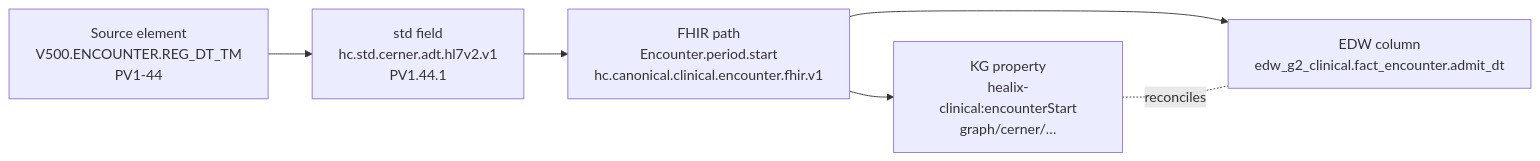
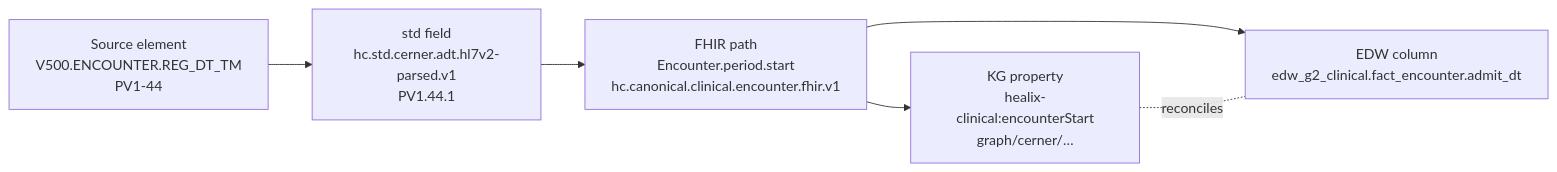
Before and after one commit to mujiq/pubmed-download: the second of 2 diagrams in PRD/11-governance-security-compliance/03-lineage-provenance-audit.md, drawn with Mermaid. The commit also changed other lines of this file and 68 other files, not shown here.

````diff
--- a/PRD/11-governance-security-compliance/03-lineage-provenance-audit.md
+++ b/PRD/11-governance-security-compliance/03-lineage-provenance-audit.md
@@ -137,8 +137,8 @@
 ```mermaid
 flowchart LR
-  A[Source element<br/>V500.ENCOUNTER.REG_DT_TM<br/>PV1-44] --> B[std field<br/>hc.std.cerner.adt.hl7v2.v1<br/>PV1.44.1]
+  A[Source element<br/>V500.ENCOUNTER.REG_DT_TM<br/>PV1-44] --> B[std field<br/>hc.std.cerner.adt.hl7v2-parsed.v1<br/>PV1.44.1]
   B --> C[FHIR path<br/>Encounter.period.start<br/>hc.canonical.clinical.encounter.fhir.v1]
   C --> D[KG property<br/>healix-clinical:encounterStart<br/>graph/cerner/…]
   C --> E[EDW column<br/>edw_g2_clinical.fact_encounter.admit_dt]
   D -.reconciles.- E
 ```
````
